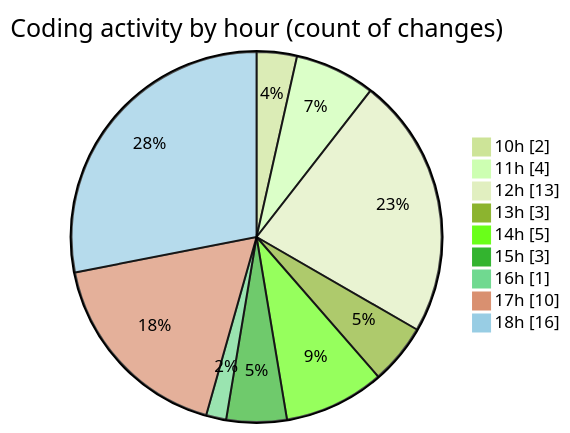
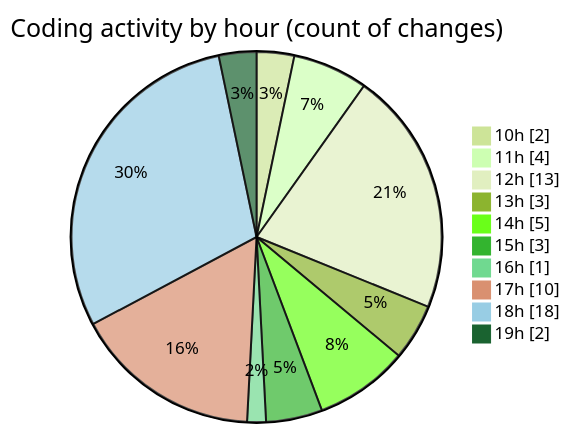
Before and after one commit to nxtqubesakshisongat/code-tracking: the second of 2 diagrams in 2025-11-06/nxtqube_webapp/README.md, drawn with Mermaid (forest theme). The commit also changed other lines of this file and 1 other file, not shown here.

````diff
--- a/2025-11-06/nxtqube_webapp/README.md
+++ b/2025-11-06/nxtqube_webapp/README.md
@@ -43,13 +43,14 @@
 ```mermaid
 pie showData
 title Coding activity by hour (count of changes)
 "10h" : 2
 "11h" : 4
 "12h" : 13
 "13h" : 3
 "14h" : 5
 "15h" : 3
 "16h" : 1
 "17h" : 10
-"18h" : 16
+"18h" : 18
+"19h" : 2
 ```
````
